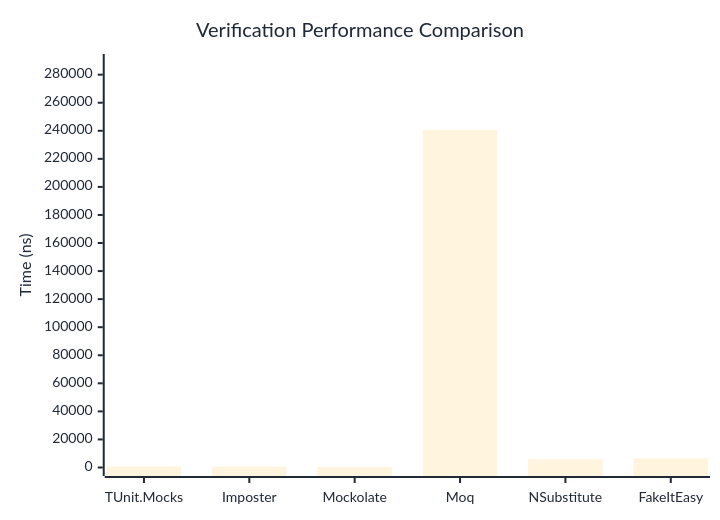
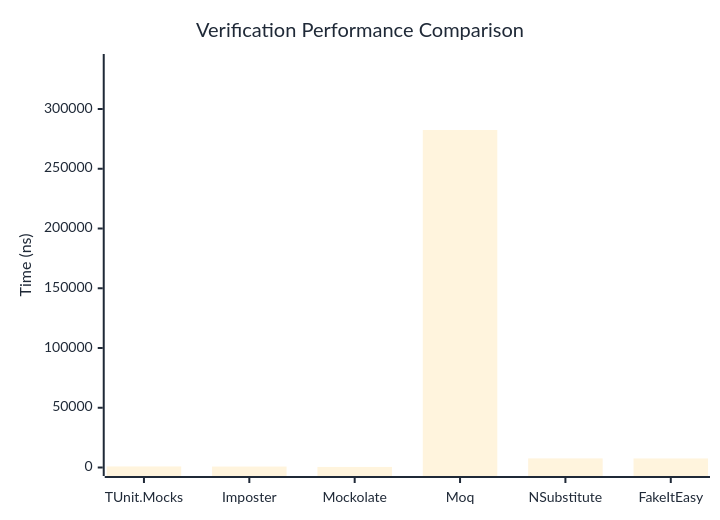
Before and after one commit to thomhurst/TUnit: the first of 3 diagrams in docs/docs/benchmarks/mocks/Verification.md, drawn with Mermaid. The commit also changed other lines of this file and 14 other files, not shown here.

````diff
--- a/docs/docs/benchmarks/mocks/Verification.md
+++ b/docs/docs/benchmarks/mocks/Verification.md
@@ -30,27 +30,27 @@
 ```mermaid
 %%{init: {
   'theme':'base',
   'themeVariables': {
     'primaryColor': '#2563eb',
     'primaryTextColor': '#1f2937',
     'primaryBorderColor': '#1e40af',
     'lineColor': '#6b7280',
     'secondaryColor': '#7c3aed',
     'tertiaryColor': '#dc2626',
     'background': '#ffffff',
     'pie1': '#2563eb',
     'pie2': '#7c3aed',
     'pie3': '#dc2626',
     'pie4': '#f59e0b',
     'pie5': '#10b981',
     'pie6': '#06b6d4',
     'pie7': '#ec4899',
     'pie8': '#6366f1'
   }
 }}%%
 xychart-beta
   title "Verification Performance Comparison"
   x-axis ["TUnit.Mocks", "Imposter", "Mockolate", "Moq", "NSubstitute", "FakeItEasy"]
-  y-axis "Time (ns)" 0 --> 288672
-  bar [779.15, 716.36, 399.19, 240559.49, 5900.53, 6571.55]
+  y-axis "Time (ns)" 0 --> 338916
+  bar [872.55, 793, 477.32, 282429.79, 7619.27, 7570.53]
 ```
````
